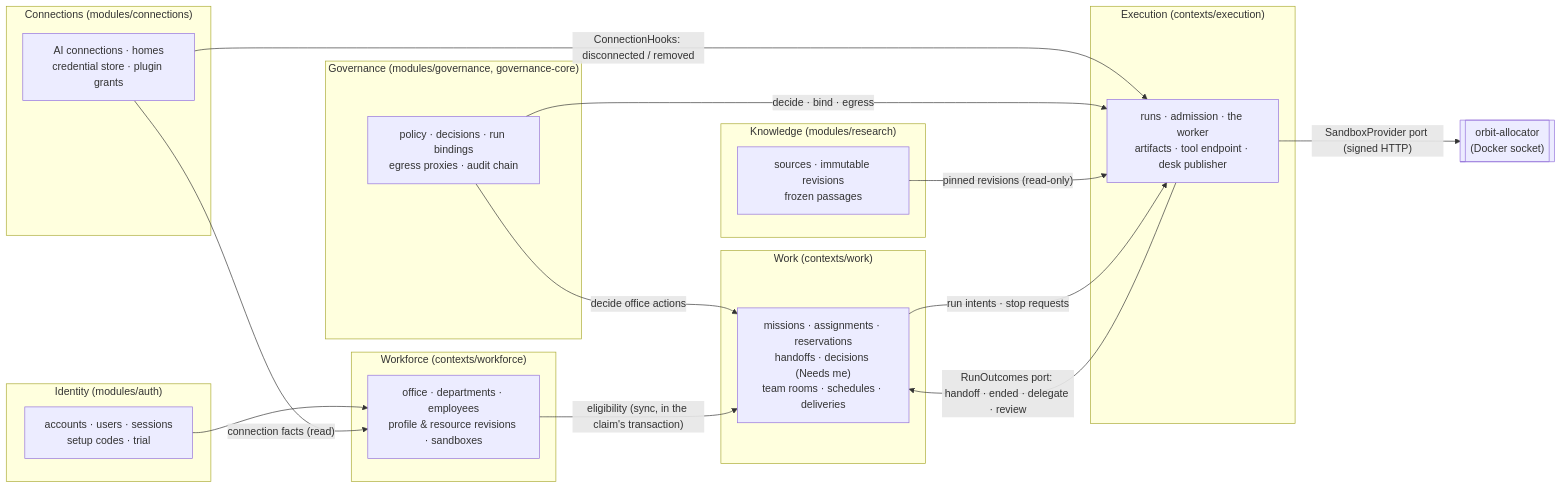
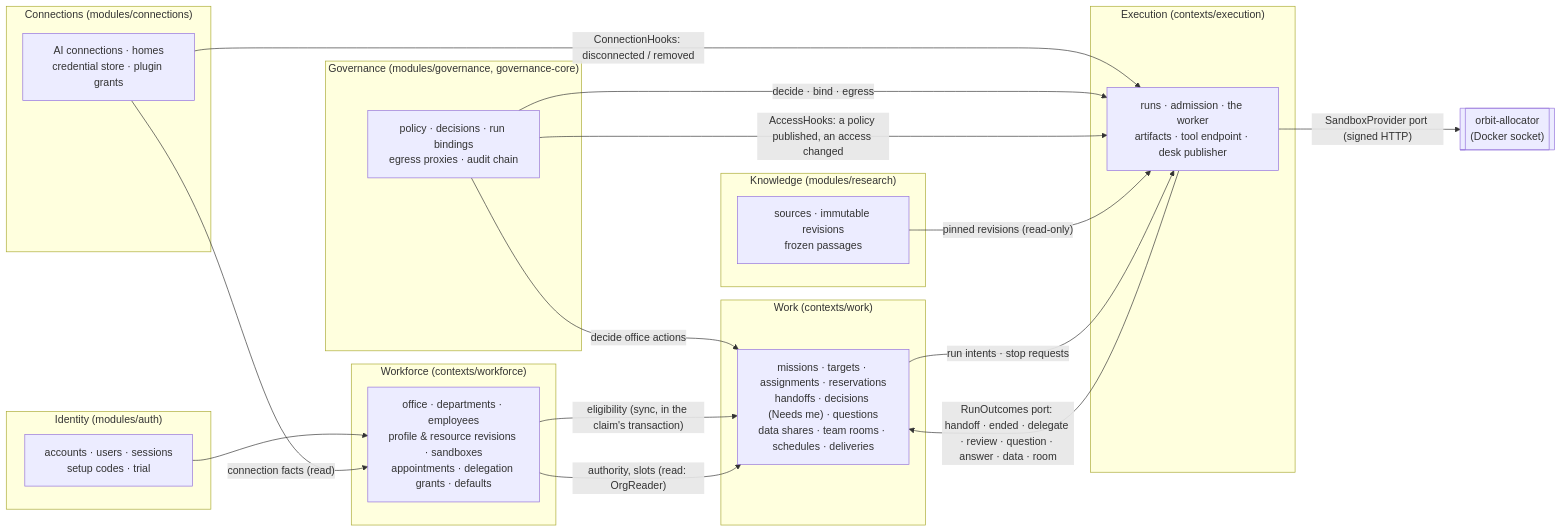
One commit to cuongngoht/orbit changed the first of 4 diagrams in integrations/orbit-web/docs/office.md. Above: the diagram before and after it, drawn with Mermaid. The commit also changed other lines of this file and 84 other files, not shown here.

````diff
--- a/integrations/orbit-web/docs/office.md
+++ b/integrations/orbit-web/docs/office.md
@@ -9,36 +9,38 @@
 ```mermaid
 flowchart LR
   subgraph identity["Identity (modules/auth)"]
     accounts["accounts · users · sessions<br/>setup codes · trial"]
   end
   subgraph connections["Connections (modules/connections)"]
     conn["AI connections · homes<br/>credential store · plugin grants"]
   end
   subgraph governance["Governance (modules/governance, governance-core)"]
     policy["policy · decisions · run bindings<br/>egress proxies · audit chain"]
   end
   subgraph research["Knowledge (modules/research)"]
     sources["sources · immutable revisions<br/>frozen passages"]
   end
   subgraph workforce["Workforce (contexts/workforce)"]
-    office["office · departments · employees<br/>profile & resource revisions · sandboxes"]
+    office["office · departments · employees<br/>profile & resource revisions · sandboxes<br/>appointments · delegation grants · defaults"]
   end
   subgraph work["Work (contexts/work)"]
-    missions["missions · assignments · reservations<br/>handoffs · decisions (Needs me)<br/>team rooms · schedules · deliveries"]
+    missions["missions · targets · assignments · reservations<br/>handoffs · decisions (Needs me) · questions<br/>data shares · team rooms · schedules · deliveries"]
   end
   subgraph execution["Execution (contexts/execution)"]
     runs["runs · admission · the worker<br/>artifacts · tool endpoint · desk publisher"]
   end
   allocator[["orbit-allocator<br/>(Docker socket)"]]
 
   accounts --> office
   conn -->|"connection facts (read)"| office
   conn -->|"ConnectionHooks: disconnected / removed"| runs
   policy -->|"decide · bind · egress"| runs
   policy -->|"decide office actions"| missions
+  policy -->|"AccessHooks: a policy published, an access changed"| runs
   sources -->|"pinned revisions (read-only)"| runs
   office -->|"eligibility (sync, in the claim's transaction)"| missions
+  office -->|"authority, slots (read: OrgReader)"| missions
   missions -->|"run intents · stop requests"| runs
-  runs -->|"RunOutcomes port: handoff · ended · delegate · review"| missions
+  runs -->|"RunOutcomes port: handoff · ended · delegate · review · question · answer · data · room"| missions
   runs -->|"SandboxProvider port (signed HTTP)"| allocator
 ```
````
